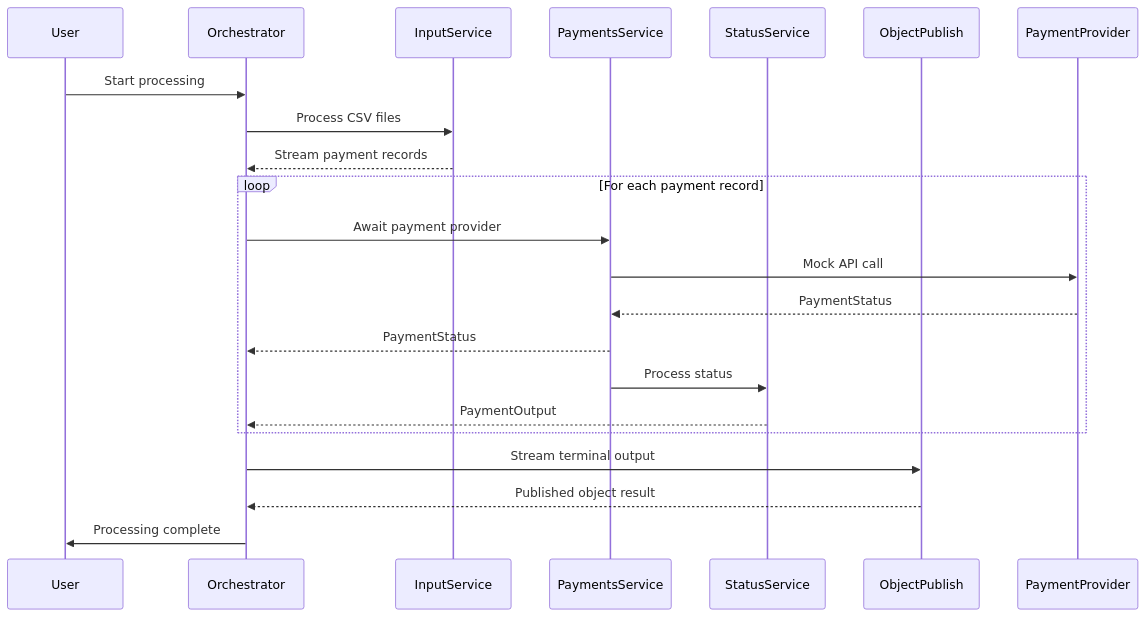
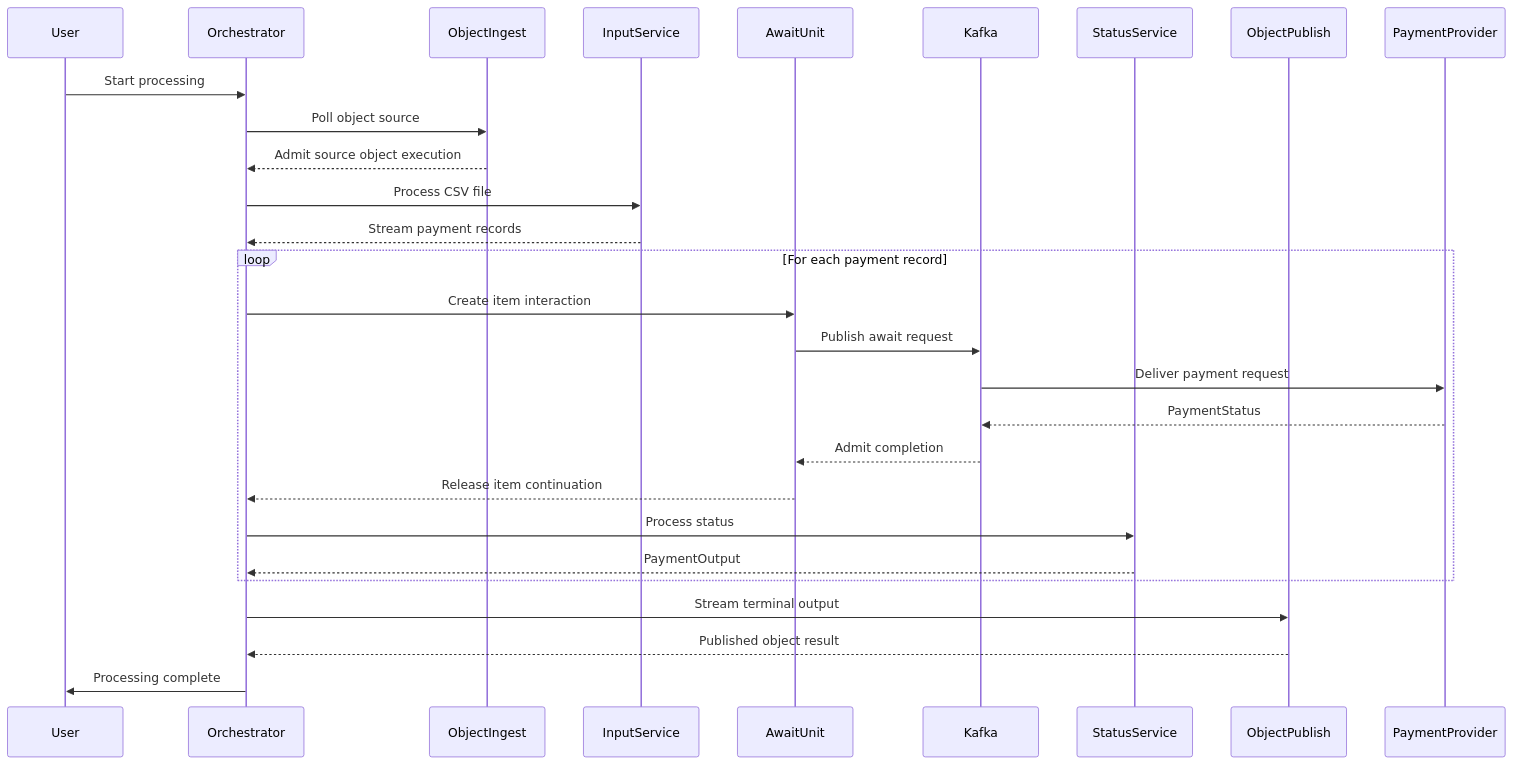
Before and after one commit to The-Pipeline-Framework/pipelineframework: the second of 2 diagrams in examples/csv-payments/README.md, drawn with Mermaid. The commit also changed 14 other files, not shown here.

Commit message:
Clarify queue-async await and object I/O docs

````diff
--- a/examples/csv-payments/README.md
+++ b/examples/csv-payments/README.md
@@ -354,25 +354,31 @@
 ```mermaid
 sequenceDiagram
     participant User
     participant Orchestrator
+    participant ObjectIngest
     participant InputService
-    participant PaymentsService
+    participant AwaitUnit
+    participant Kafka
     participant StatusService
     participant ObjectPublish
     participant PaymentProvider
 
     User->>Orchestrator: Start processing
-    Orchestrator->>InputService: Process CSV files
+    Orchestrator->>ObjectIngest: Poll object source
+    ObjectIngest-->>Orchestrator: Admit source object execution
+    Orchestrator->>InputService: Process CSV file
     InputService-->>Orchestrator: Stream payment records
     loop For each payment record
-        Orchestrator->>PaymentsService: Await payment provider
-        PaymentsService->>PaymentProvider: Mock API call
-        PaymentProvider-->>PaymentsService: PaymentStatus
-        PaymentsService-->>Orchestrator: PaymentStatus
-        PaymentsService->>StatusService: Process status
+        Orchestrator->>AwaitUnit: Create item interaction
+        AwaitUnit->>Kafka: Publish await request
+        Kafka->>PaymentProvider: Deliver payment request
+        PaymentProvider-->>Kafka: PaymentStatus
+        Kafka-->>AwaitUnit: Admit completion
+        AwaitUnit-->>Orchestrator: Release item continuation
+        Orchestrator->>StatusService: Process status
         StatusService-->>Orchestrator: PaymentOutput
     end
     Orchestrator->>ObjectPublish: Stream terminal output
     ObjectPublish-->>Orchestrator: Published object result
     Orchestrator->>User: Processing complete
 ```
````
